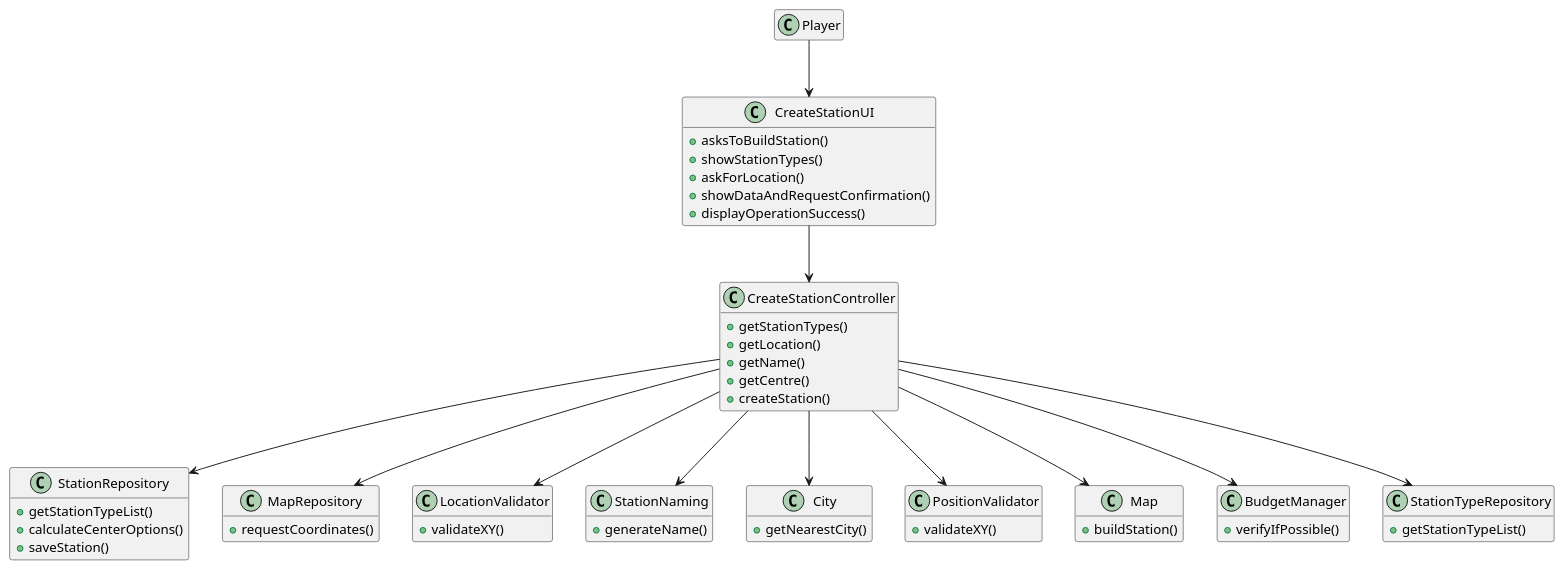
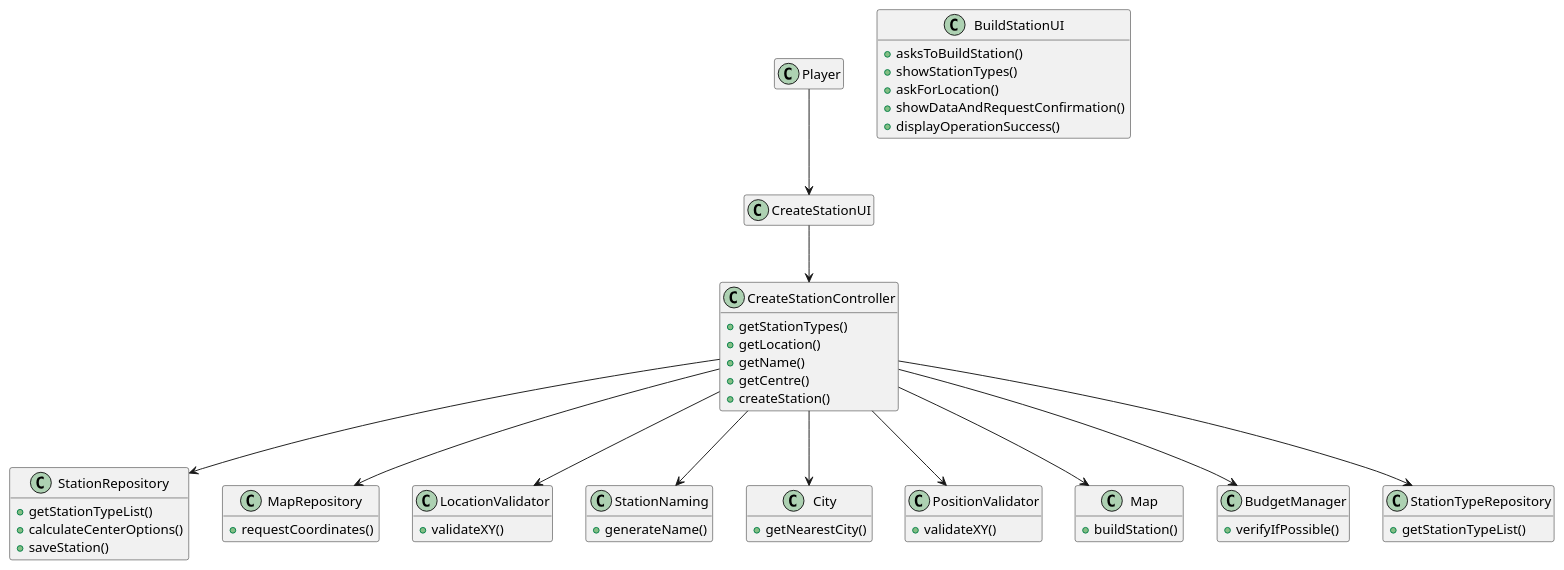
Before and after one commit to Andremonteiro1240850/railway_simulator: the diagram in docs/system-documentation/US05/03.Design/puml/CD-us05.puml, drawn with PlantUML. The commit also changed 11 other files, not shown here.

```diff
--- a/docs/system-documentation/US05/03.Design/puml/CD-us05.puml
+++ b/docs/system-documentation/US05/03.Design/puml/CD-us05.puml
@@ -1,78 +1,78 @@
 @startuml
 
 skinparam monochrome false
 skinparam shadowing false
 hide empty members
 
 class Player {
 }
 
-class CreateStationUI {
+class BuildStationUI {
   + asksToBuildStation()
   + showStationTypes()
   + askForLocation()
   + showDataAndRequestConfirmation()
   + displayOperationSuccess()
 }
 
 class CreateStationController {
   + getStationTypes()
   + getLocation()
   + getName()
   + getCentre()
   + createStation()
 }
 
 class StationRepository {
   + getStationTypeList()
   + calculateCenterOptions()
   + saveStation()
 }
 
 class MapRepository {
   + requestCoordinates()
 }
 
 class LocationValidator {
   + validateXY()
 }
 
 class StationNaming {
   + generateName()
 }
 
 class City {
   + getNearestCity()
 }
 
 class PositionValidator {
   + validateXY()
 }
 
 class Map {
   + buildStation()
 }
 
 class BudgetManager {
   + verifyIfPossible()
 }
 
 class StationTypeRepository {
   + getStationTypeList()
 }
 
 ' Relacionamentos
 Player --> CreateStationUI
 CreateStationUI --> CreateStationController
 
 CreateStationController --> StationRepository
 CreateStationController --> MapRepository
 CreateStationController --> LocationValidator
 CreateStationController --> StationNaming
 CreateStationController --> City
 CreateStationController --> PositionValidator
 CreateStationController --> Map
 CreateStationController --> BudgetManager
 CreateStationController --> StationTypeRepository
 
 @enduml
```
